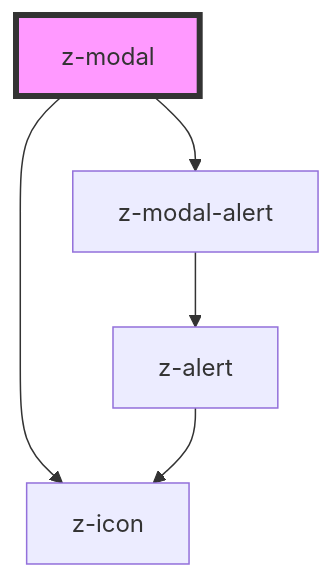
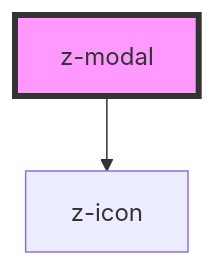
One commit to ZanichelliEditore/design-system changed the diagram in src/components/modal/z-modal/readme.md. Above: the diagram before and after it, drawn with Mermaid. The commit also changed other lines of this file and 8 other files, not shown here.

````diff
--- a/src/components/modal/z-modal/readme.md
+++ b/src/components/modal/z-modal/readme.md
@@ -48,8 +42,5 @@
 ```mermaid
 graph TD;
-  z-modal --> z-modal-alert
   z-modal --> z-icon
-  z-modal-alert --> z-alert
-  z-alert --> z-icon
   style z-modal fill:#f9f,stroke:#333,stroke-width:4px
 ```
````
